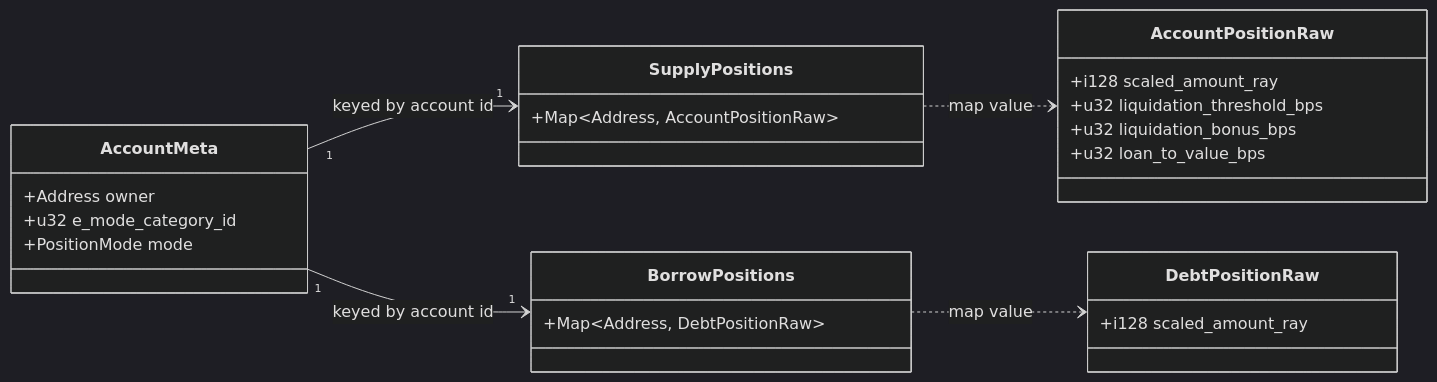
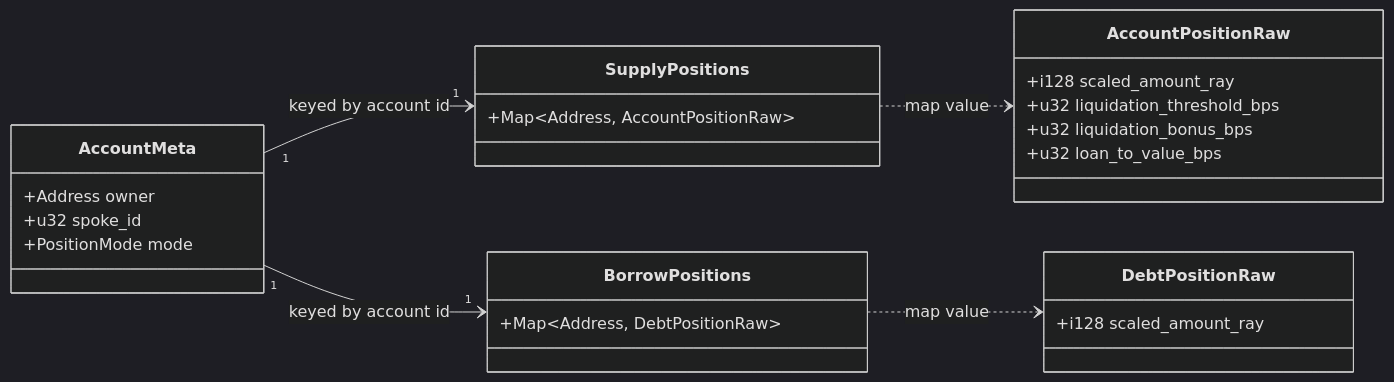
One commit to XOXNO/rs-lending-xlm changed the second of 14 diagrams in SCF_BUILD_ARCHITECTURE.md. Above: the diagram before and after it, drawn with Mermaid (dark theme). The commit also changed other lines of this file and 7 other files, not shown here.

````diff
--- a/SCF_BUILD_ARCHITECTURE.md
+++ b/SCF_BUILD_ARCHITECTURE.md
@@ -260,34 +260,34 @@
 ```mermaid
 classDiagram
     direction LR
 
     class AccountMeta {
         +Address owner
-        +u32 e_mode_category_id
+        +u32 spoke_id
         +PositionMode mode
     }
 
     class SupplyPositions {
         +Map~Address, AccountPositionRaw~
     }
 
     class BorrowPositions {
         +Map~Address, DebtPositionRaw~
     }
 
     class AccountPositionRaw {
         +i128 scaled_amount_ray
         +u32 liquidation_threshold_bps
         +u32 liquidation_bonus_bps
         +u32 loan_to_value_bps
     }
 
     class DebtPositionRaw {
         +i128 scaled_amount_ray
     }
 
     AccountMeta "1" --> "1" SupplyPositions : keyed by account id
     AccountMeta "1" --> "1" BorrowPositions : keyed by account id
     SupplyPositions ..> AccountPositionRaw : map value
     BorrowPositions ..> DebtPositionRaw : map value
 ```
````
